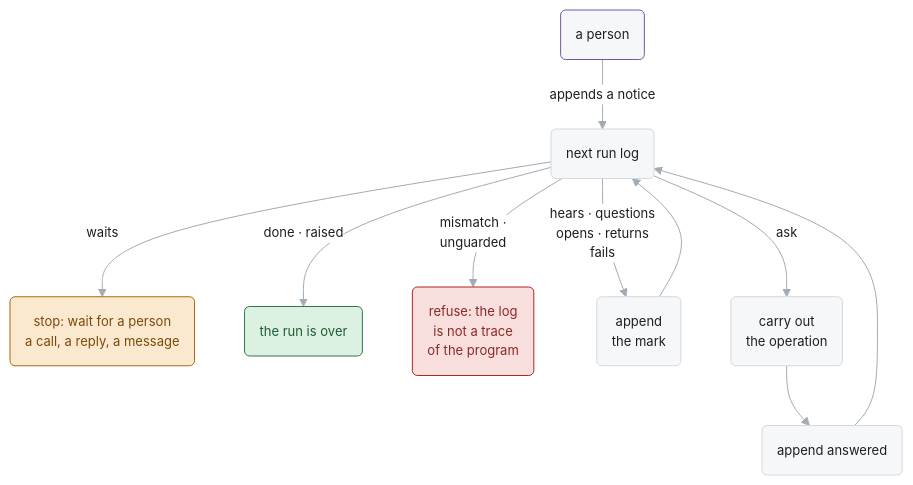
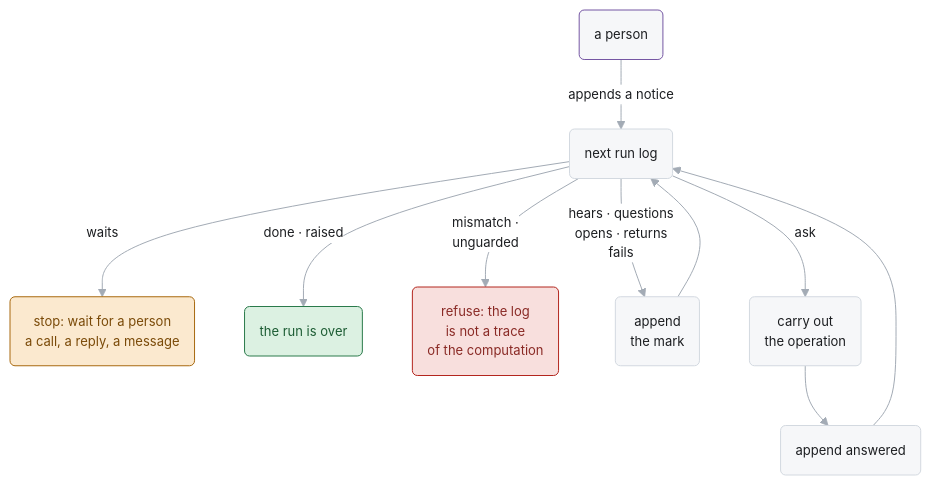
One commit to pku-xht/alaya changed the third of 6 diagrams in docs/agent-api.md. Above: the diagram before and after it, drawn with Mermaid. The commit also changed other lines of this file and 63 other files, not shown here.

````diff
--- a/docs/agent-api.md
+++ b/docs/agent-api.md
@@ -401,18 +402,18 @@
 ```mermaid
 %%{init: {"theme": "base", "themeVariables": {"fontFamily": "BlinkMacSystemFont, Segoe UI, Helvetica, Arial", "fontSize": "13px", "primaryColor": "#f6f7f9", "primaryTextColor": "#1c1e21", "primaryBorderColor": "#d3d9e0", "lineColor": "#a3abb5", "textColor": "#6f7985", "edgeLabelBackground": "#ffffff", "clusterBkg": "#fafbfc", "clusterBorder": "#e3e6ea"}}}%%
 flowchart TD
   classDef notice stroke:#7556a3
   classDef ok fill:#dcf1e2,stroke:#2a7a4b,color:#1c5c33
   classDef bad fill:#f8dfdd,stroke:#b3261e,color:#8a2a25
   classDef wait fill:#fbe9cf,stroke:#a8690f,color:#7a4a08
 
   person("a person"):::notice -- "appends a notice" --> next("next run log")
   next -- "waits" --> waits("stop: wait for a person<br/>a call, a reply, a message"):::wait
   next -- "done · raised" --> over("the run is over"):::ok
-  next -- "mismatch ·<br/>unguarded" --> refuse("refuse: the log<br/>is not a trace<br/>of the program"):::bad
+  next -- "mismatch ·<br/>unguarded" --> refuse("refuse: the log<br/>is not a trace<br/>of the computation"):::bad
   next -- "hears · questions<br/>opens · returns<br/>fails" --> mark("append<br/>the mark")
   mark --> next
   next -- "ask" --> act("carry out<br/>the operation") --> answered("append answered")
   answered --> next
   linkStyle default stroke-width:1px
 ```
````
